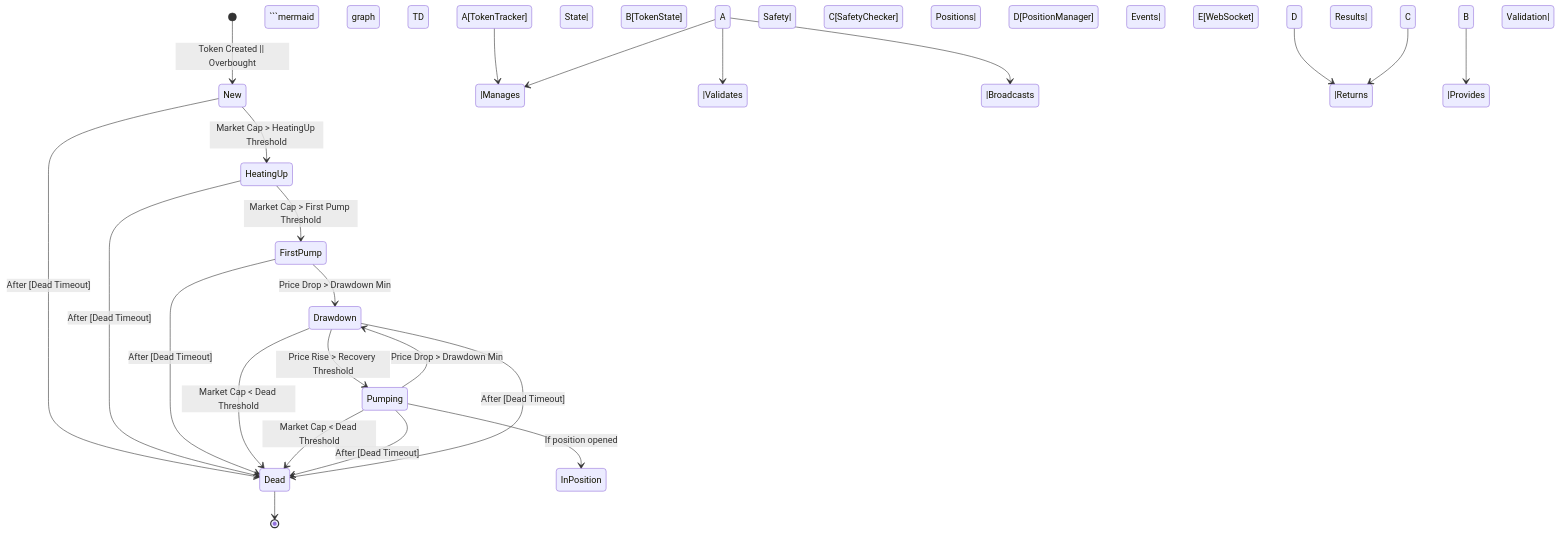
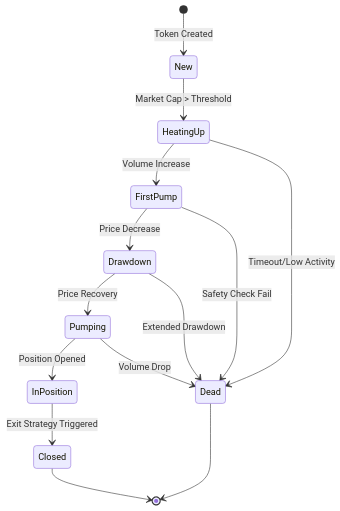
Before and after one commit to proofoftom/money-printer: the second of 2 diagrams in docs/diagrams/Architecture.md, drawn with Mermaid. The commit also changed other lines of this file and 10 other files, not shown here.

`````diff
--- a/docs/diagrams/Architecture.md
+++ b/docs/diagrams/Architecture.md
@@ -22,33 +55,16 @@
-````mermaid
+```mermaid
 stateDiagram-v2
-    [*] --> New: Token Created || Overbought
-    New --> HeatingUp: Market Cap > HeatingUp Threshold
-    New --> Dead: After [Dead Timeout]
-    HeatingUp --> FirstPump: Market Cap > First Pump Threshold
-    HeatingUp --> Dead: After [Dead Timeout]
-    FirstPump --> Drawdown: Price Drop > Drawdown Min
-    FirstPump --> Dead: After [Dead Timeout]
-    Drawdown --> Pumping: Price Rise > Recovery Threshold
-    Drawdown --> Dead: Market Cap < Dead Threshold
-    Pumping --> InPosition: If position opened
-    Pumping --> Drawdown: Price Drop > Drawdown Min
-    Pumping --> Dead: Market Cap < Dead Threshold
-    Pumping --> Dead: After [Dead Timeout]
-    Drawdown --> Dead: After [Dead Timeout]
+    [*] --> New: Token Created
+    New --> HeatingUp: Market Cap > Threshold
+    HeatingUp --> FirstPump: Volume Increase
+    HeatingUp --> Dead: Timeout/Low Activity
+    FirstPump --> Drawdown: Price Decrease
+    FirstPump --> Dead: Safety Check Fail
+    Drawdown --> Pumping: Price Recovery
+    Drawdown --> Dead: Extended Drawdown
+    Pumping --> InPosition: Position Opened
+    Pumping --> Dead: Volume Drop
+    InPosition --> Closed: Exit Strategy Triggered
+    Closed --> [*]
     Dead --> [*]
-
-# Architecture Overview
-
-## Component Communication Flow
-
-```mermaid
-graph TD
-    A[TokenTracker] -->|Manages State| B[TokenState]
-    A -->|Validates Safety| C[SafetyChecker]
-    A -->|Manages Positions| D[PositionManager]
-    A -->|Broadcasts Events| E[WebSocket]
-
-    D -->|Returns Results| A
-    B -->|Provides State| A
-    C -->|Returns Validation| A
-````
+```
`````
